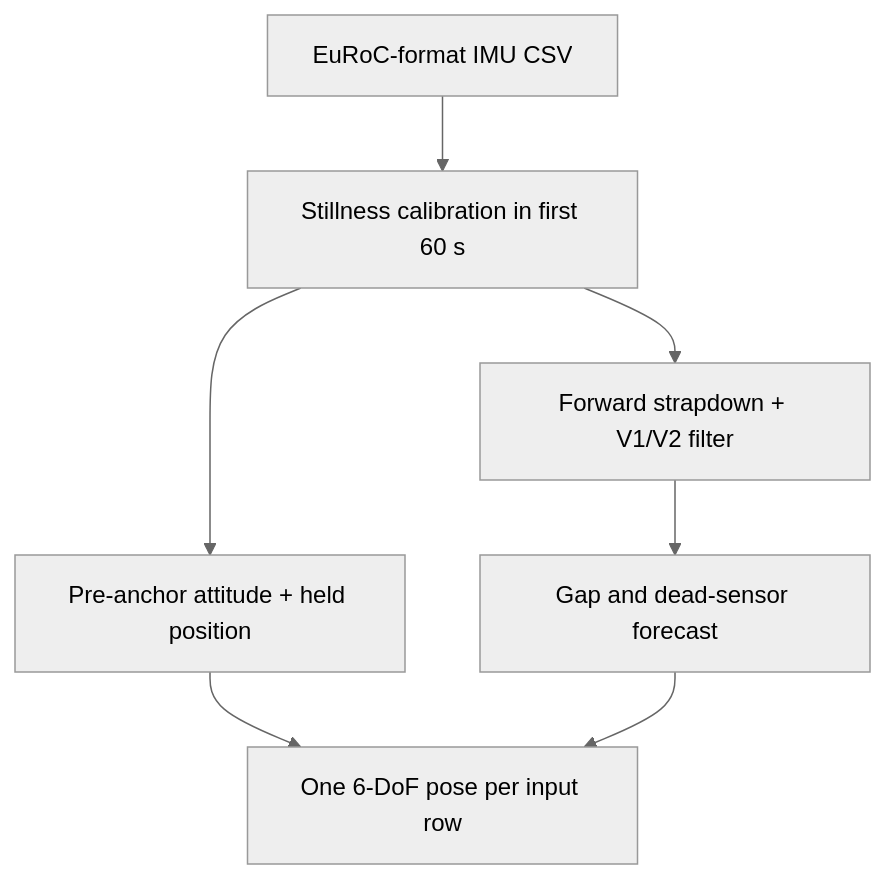
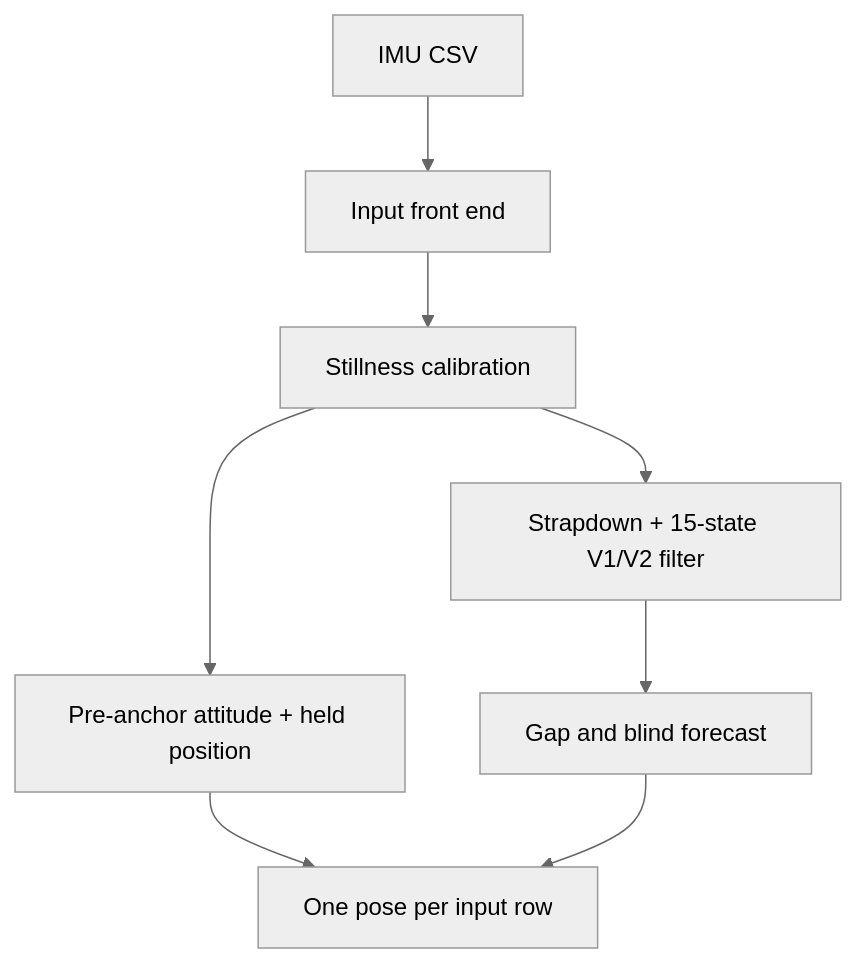
Before and after one commit to ArnavJain2005/Vortex: the diagram in README.md, drawn with Mermaid (neutral theme). The commit also changed other lines of this file, not shown here.

Commit message:
Update README with official-script held-out results and switch verdicts

````diff
--- a/README.md
+++ b/README.md
@@ -36,9 +38,10 @@
 ```mermaid
 flowchart TD
-    A["EuRoC-format IMU CSV"] --> B["Stillness calibration in first 60 s"]
-    B --> C["Pre-anchor attitude + held position"]
-    B --> D["Forward strapdown + V1/V2 filter"]
-    D --> E["Gap and dead-sensor forecast"]
-    C --> F["One 6-DoF pose per input row"]
-    E --> F
+    A["IMU CSV"] --> B["Input front end"]
+    B --> C["Stillness calibration"]
+    C --> D["Pre-anchor attitude + held position"]
+    C --> E["Strapdown + 15-state V1/V2 filter"]
+    E --> F["Gap and blind forecast"]
+    D --> G["One pose per input row"]
+    F --> G
 ```
````
